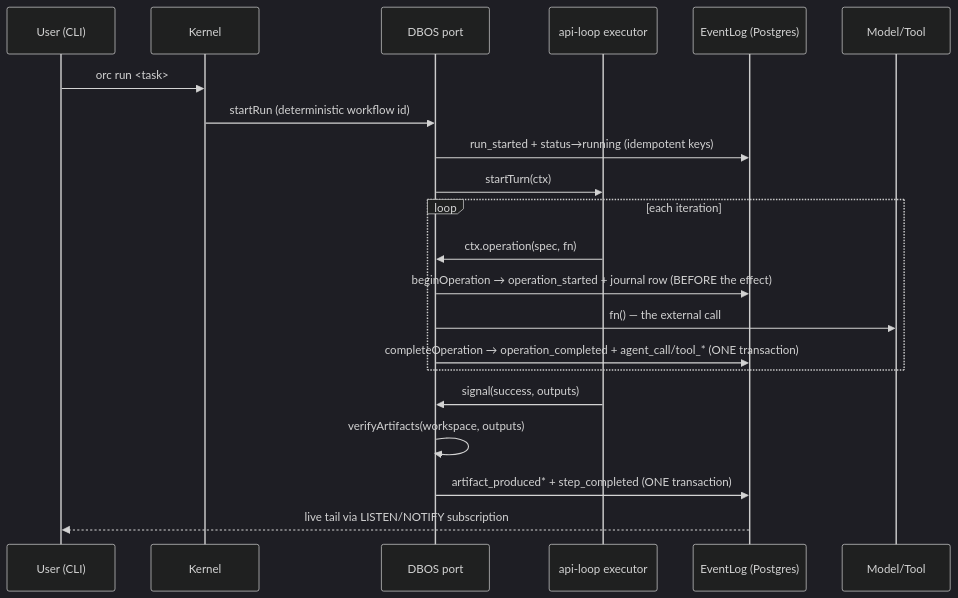
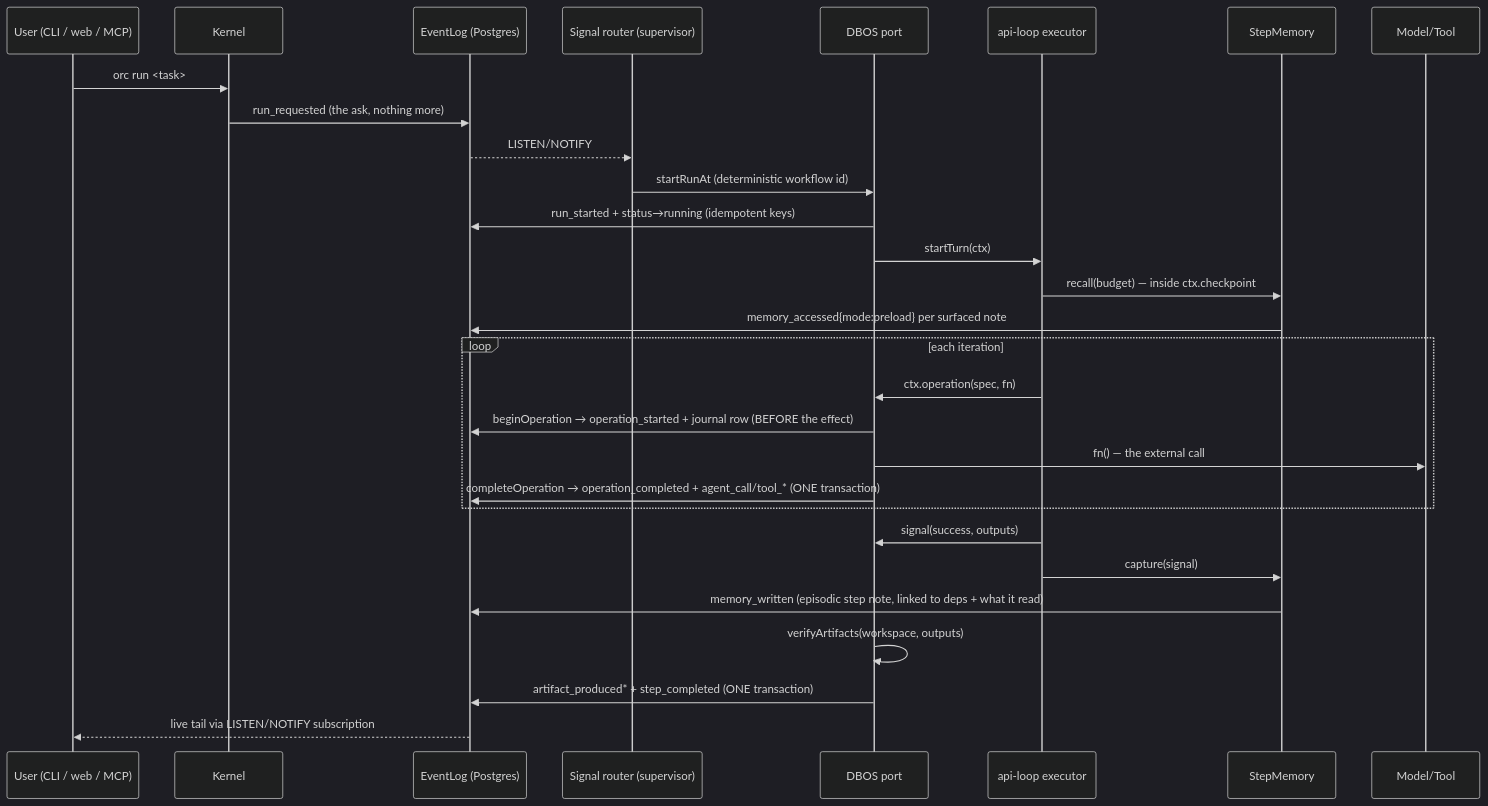
One commit to fetttttjoe/ORC changed the fourth of 5 diagrams in docs/ARCHITECTURE.md. Above: the diagram before and after it, drawn with Mermaid (dark theme). The commit also changed other lines of this file and 65 other files, not shown here.

Commit message:
refactor(memory): extract the step-memory seam with incremental folds

````diff
--- a/docs/ARCHITECTURE.md
+++ b/docs/ARCHITECTURE.md
@@ -312,24 +316,32 @@
 ```mermaid
 sequenceDiagram
-  participant U as User (CLI)
+  participant U as User (CLI / web / MCP)
   participant K as Kernel
+  participant L as EventLog (Postgres)
+  participant R as Signal router (supervisor)
   participant D as DBOS port
   participant X as api-loop executor
-  participant L as EventLog (Postgres)
+  participant Y as StepMemory
   participant M as Model/Tool
 
   U->>K: orc run <task>
-  K->>D: startRun (deterministic workflow id)
+  K->>L: run_requested (the ask, nothing more)
+  L-->>R: LISTEN/NOTIFY
+  R->>D: startRunAt (deterministic workflow id)
   D->>L: run_started + status→running (idempotent keys)
   D->>X: startTurn(ctx)
+  X->>Y: recall(budget) — inside ctx.checkpoint
+  Y->>L: memory_accessed{mode:preload} per surfaced note
   loop each iteration
     X->>D: ctx.operation(spec, fn)
     D->>L: beginOperation → operation_started + journal row (BEFORE the effect)
     D->>M: fn() — the external call
     D->>L: completeOperation → operation_completed + agent_call/tool_* (ONE transaction)
   end
   X->>D: signal(success, outputs)
+  X->>Y: capture(signal)
+  Y->>L: memory_written (episodic step note, linked to deps + what it read)
   D->>D: verifyArtifacts(workspace, outputs)
   D->>L: artifact_produced* + step_completed (ONE transaction)
   L-->>U: live tail via LISTEN/NOTIFY subscription
 ```
````
